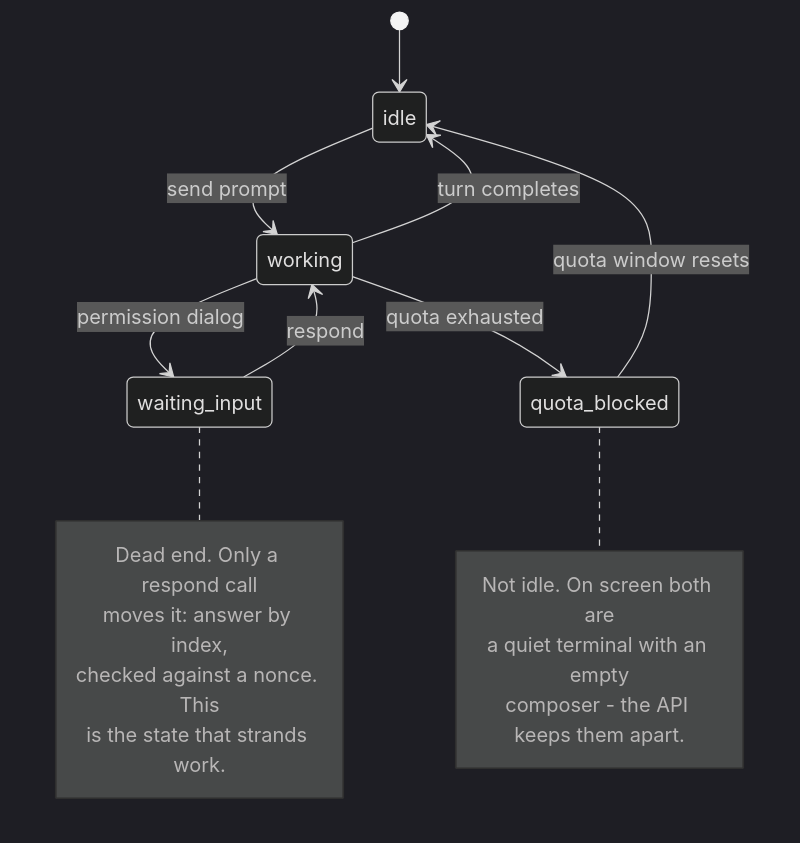
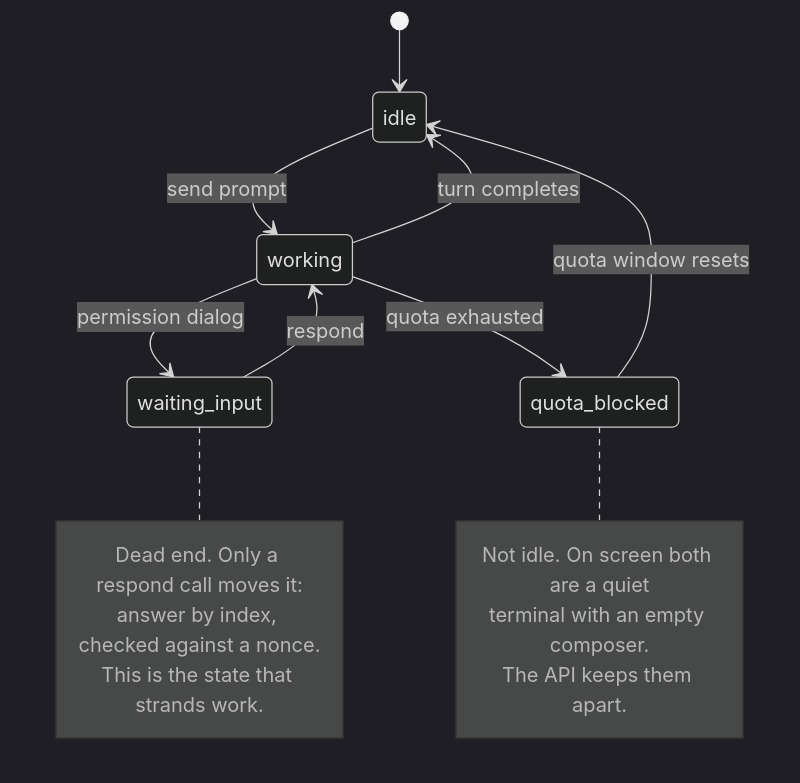
Before and after one commit to futurelastic/colab-fleet: the second of 4 diagrams in README.md, drawn with Mermaid (dark theme).

Commit message:
docs: break the state diagram's notes at clause boundaries
The renderer honours a note's hard source line breaks rather than
reflowing them, so where a source line ends is where the rendered note
breaks. Both notes had been written to a rough column width, which left
them breaking mid-clause and stranding a word at a line end.

Rewrapped so each line ends where a clause does. Same text in the first
note; the second drops a hyphen that was doing a full stop's job and
becomes two sentences, which is what it always was.

Verified on a rendered check: with the shortened transition labels from
the previous commit, all three middle labels now sit side by side with
clear space between them, no label box touches another anywhere in the
diagram, and all six edge labels survive — nothing was shortened out of
existence.

This is cosmetic and the host's own width may break it differently
regardless. It is worth the two minutes only because a note that breaks
mid-clause reads as a rendering failure rather than a choice, and the
whole point of these diagrams is to look considered.

````diff
--- a/README.md
+++ b/README.md
@@ -97,23 +97,22 @@
 ```mermaid
 stateDiagram-v2
     [*] --> idle
     idle --> working: send prompt
     working --> idle: turn completes
     working --> waiting_input: permission dialog
     waiting_input --> working: respond
     working --> quota_blocked: quota exhausted
     quota_blocked --> idle: quota window resets
 
     note right of waiting_input
-        Dead end. Only a respond call
-        moves it: answer by index,
-        checked against a nonce. This
-        is the state that strands work.
+        Dead end. Only a respond call moves it:
+        answer by index, checked against a nonce.
+        This is the state that strands work.
     end note
 
     note right of quota_blocked
-        Not idle. On screen both are
-        a quiet terminal with an empty
-        composer - the API keeps them apart.
+        Not idle. On screen both are a quiet
+        terminal with an empty composer.
+        The API keeps them apart.
     end note
 ```
````
